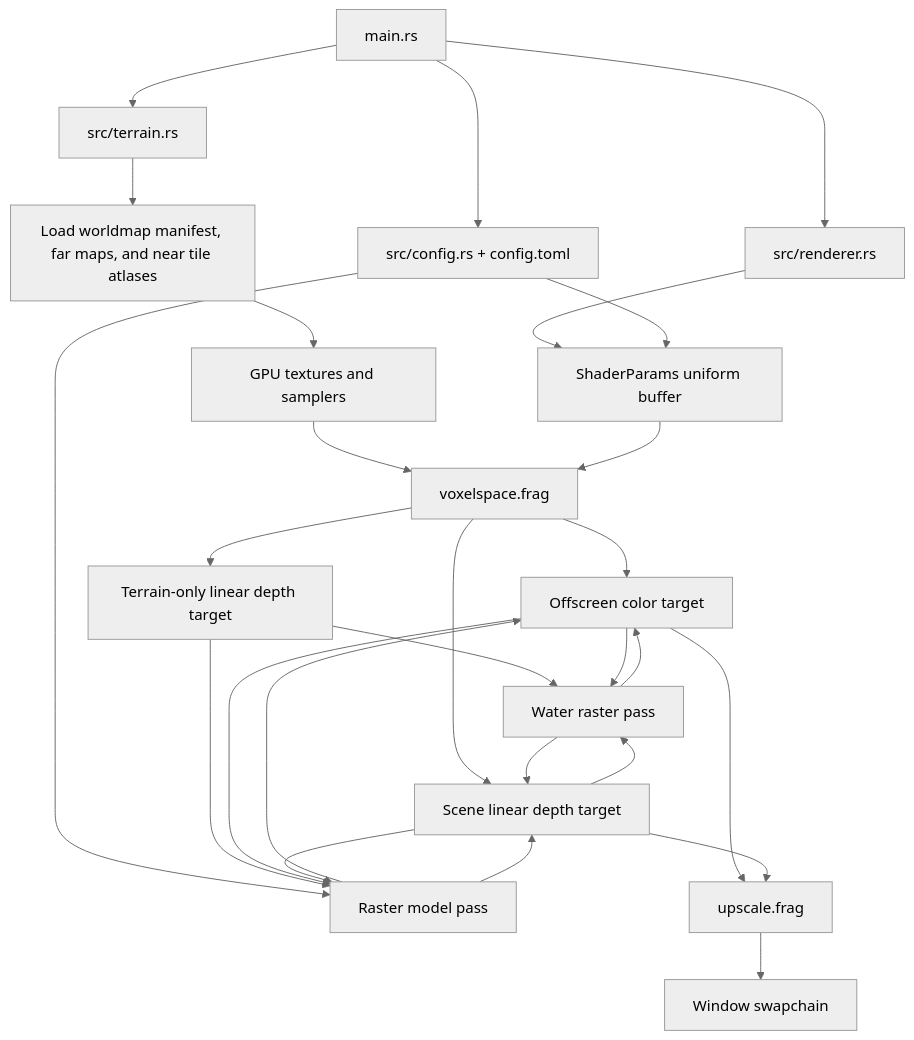
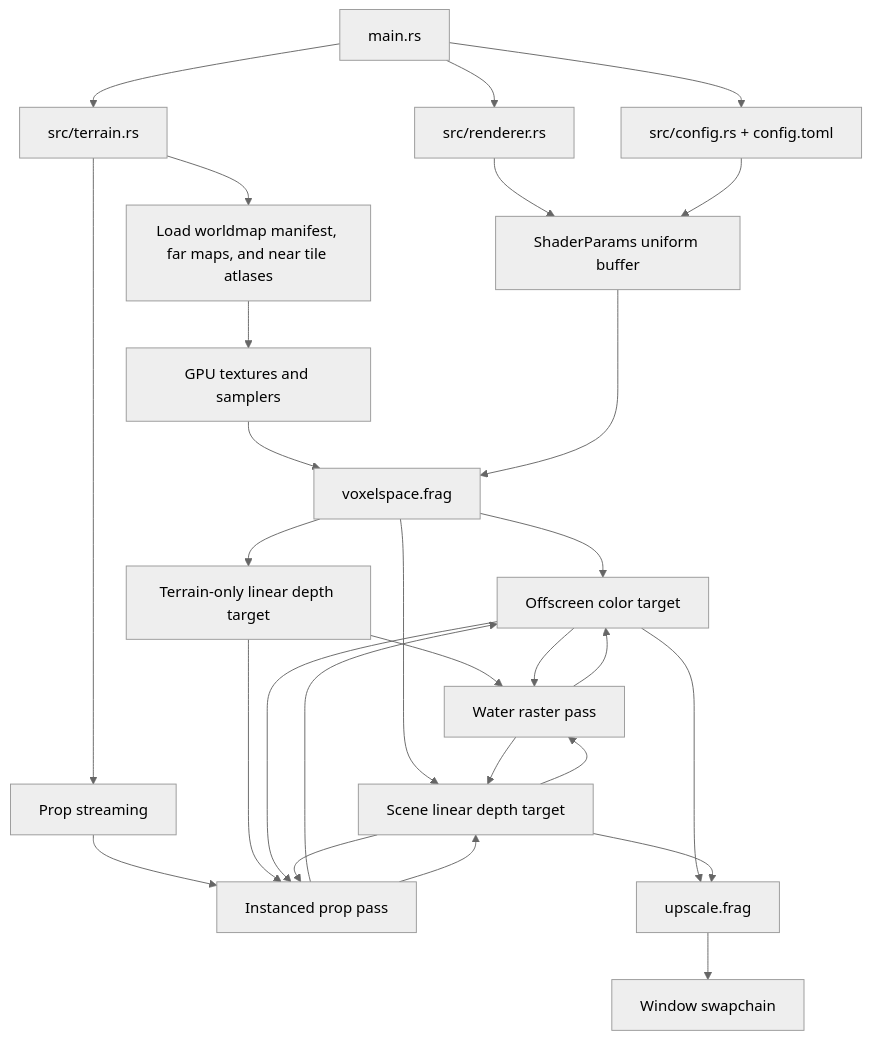
The diagram in docs/terrain-renderer.md (lfdwm/tungsten), drawn with Mermaid (neutral theme) before and after one commit. The commit also changed other lines of this file and 16 other files, not shown here.

````diff
--- a/docs/terrain-renderer.md
+++ b/docs/terrain-renderer.md
@@ -18,29 +18,30 @@
 ```mermaid
 flowchart TD
     CPU[main.rs] --> Renderer[src/renderer.rs]
     CPU --> Terrain[src/terrain.rs]
     Terrain --> LoadMaps[Load worldmap manifest, far maps, and near tile atlases]
     LoadMaps --> GPUTextures[GPU textures and samplers]
     CPU --> Config[src/config.rs + config.toml]
     Renderer --> Uniforms[ShaderParams uniform buffer]
     Config --> Uniforms
     GPUTextures --> TerrainShader[voxelspace.frag]
     Uniforms --> TerrainShader
     TerrainShader --> LowResColor[Offscreen color target]
     TerrainShader --> TerrainDepth[Terrain-only linear depth target]
     TerrainShader --> SceneDepth[Scene linear depth target]
     TerrainDepth --> Water[Water raster pass]
     LowResColor --> Water
     SceneDepth --> Water
     Water --> LowResColor
     Water --> SceneDepth
-    Config --> RasterModel[Raster model pass]
-    TerrainDepth --> RasterModel
-    LowResColor --> RasterModel
-    SceneDepth --> RasterModel
-    RasterModel --> LowResColor
-    RasterModel --> SceneDepth
+    Terrain --> Props[Prop streaming]
+    Props --> PropPass[Instanced prop pass]
+    TerrainDepth --> PropPass
+    LowResColor --> PropPass
+    SceneDepth --> PropPass
+    PropPass --> LowResColor
+    PropPass --> SceneDepth
     LowResColor --> Upscale[upscale.frag]
     SceneDepth --> Upscale
     Upscale --> Swapchain[Window swapchain]
 ```
````
